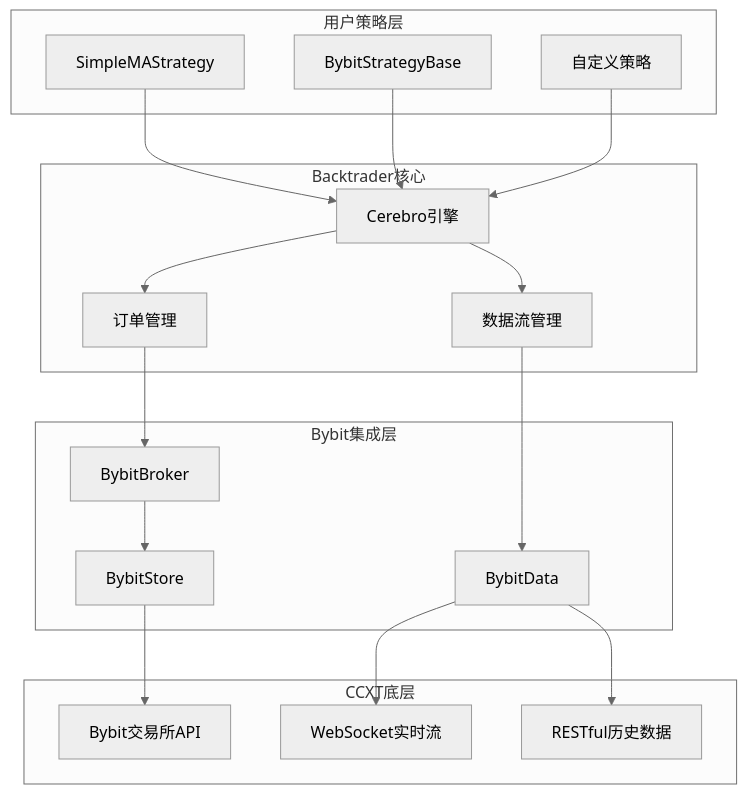
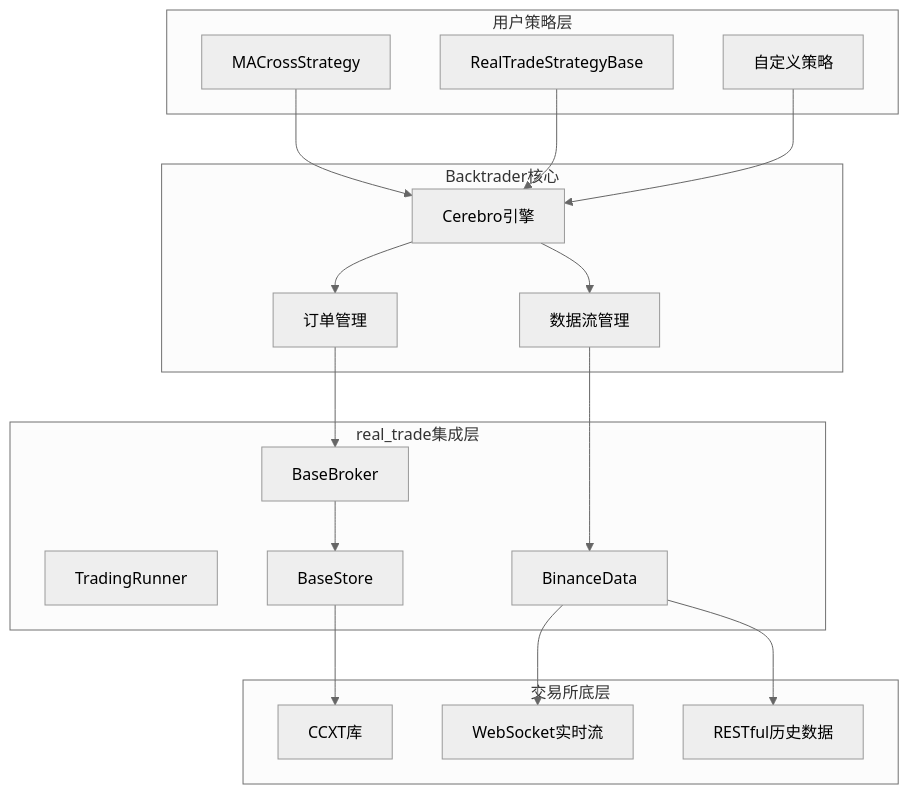
Before and after one commit to bench-prog/backtrader: the second of 4 diagrams in .qoder/repowiki/zh/content/实盘交易模块/Bybit交易所集成/Bybit示例与最佳实践.md, drawn with Mermaid (neutral theme). The commit also changed other lines of this file and 23 other files, not shown here.

````diff
--- a/.qoder/repowiki/zh/content/实盘交易模块/Bybit交易所集成/Bybit示例与最佳实践.md
+++ b/.qoder/repowiki/zh/content/实盘交易模块/Bybit交易所集成/Bybit示例与最佳实践.md
@@ -142,34 +153,35 @@
 ```mermaid
 graph TB
 subgraph "用户策略层"
-A[SimpleMAStrategy]
-B[BybitStrategyBase]
+A[MACrossStrategy]
+B[RealTradeStrategyBase]
 C[自定义策略]
 end
 subgraph "Backtrader核心"
 D[Cerebro引擎]
 E[数据流管理]
 F[订单管理]
 end
-subgraph "Bybit集成层"
-G[BybitStore]
-H[BybitBroker]
-I[BybitData]
+subgraph "real_trade集成层"
+G[TradingRunner]
+H[BaseBroker]
+I[BaseStore]
+J[BinanceData]
 end
-subgraph "CCXT底层"
-J[Bybit交易所API]
-K[WebSocket实时流]
-L[RESTful历史数据]
+subgraph "交易所底层"
+K[CCXT库]
+L[WebSocket实时流]
+M[RESTful历史数据]
 end
 A --> D
 B --> D
 C --> D
 D --> E
 D --> F
-E --> I
+E --> J
 F --> H
-H --> G
-G --> J
+H --> I
 I --> K
-I --> L
+J --> L
+J --> M
 ```
````
